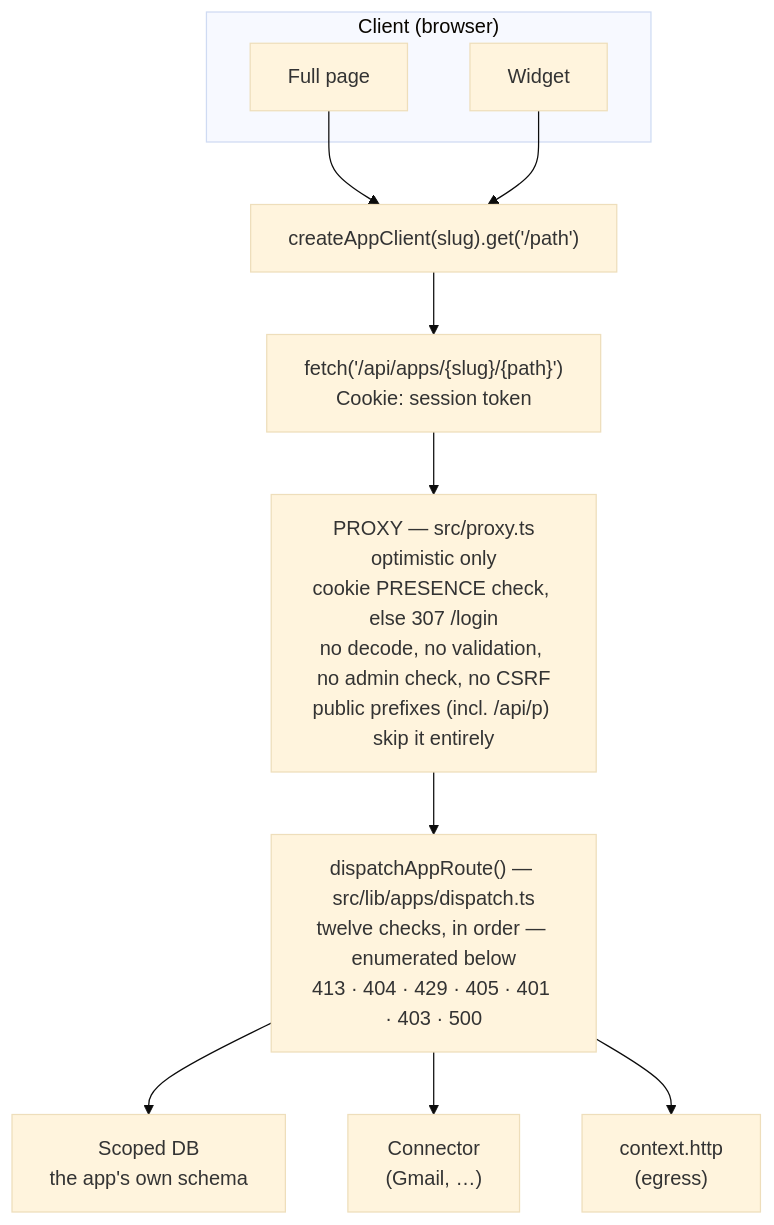
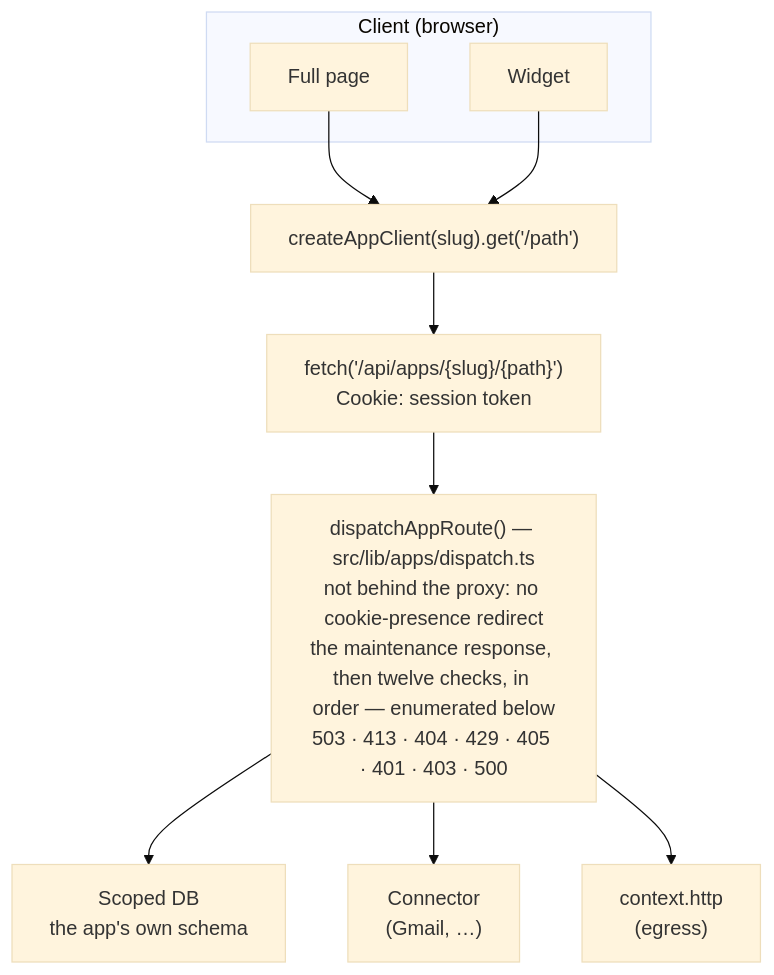
Before and after one commit to mixoshq/mixos: the diagram in docs/secure-edge-gateway-architecture.md, drawn with Mermaid (base theme). The commit also changed other lines of this file and 2 other files, not shown here.

First line of the commit message:
docs(os): the app API outside the proxy in security §1, §14, §15 and §18

````diff
--- a/docs/secure-edge-gateway-architecture.md
+++ b/docs/secure-edge-gateway-architecture.md
@@ -40,27 +47,23 @@
 ```mermaid
 flowchart TD
     subgraph CLIENT["Client (browser)"]
         PAGE["Full page"]
         WIDGET["Widget"]
     end
 
     PAGE --> SDK
     WIDGET --> SDK
     SDK["createAppClient(slug).get('/path')"]
 
     SDK --> FETCH
 
     FETCH["fetch('/api/apps/{slug}/{path}')<br/>Cookie: session token"]
 
-    FETCH --> PROXY
+    FETCH --> DISPATCH
 
-    PROXY["PROXY — src/proxy.ts<br/>optimistic only<br/>cookie PRESENCE check, else 307 /login<br/>no decode, no validation, no admin check, no CSRF<br/>public prefixes (incl. /api/p) skip it entirely"]
-
-    PROXY --> DISPATCH
-
-    DISPATCH["dispatchAppRoute() — src/lib/apps/dispatch.ts<br/>twelve checks, in order — enumerated below<br/>413 · 404 · 429 · 405 · 401 · 403 · 500"]
+    DISPATCH["dispatchAppRoute() — src/lib/apps/dispatch.ts<br/>not behind the proxy: no cookie-presence redirect<br/>the maintenance response, then twelve checks, in order — enumerated below<br/>503 · 413 · 404 · 429 · 405 · 401 · 403 · 500"]
 
     DISPATCH --> DB["Scoped DB<br/>the app's own schema"]
     DISPATCH --> CONN["Connector<br/>(Gmail, …)"]
     DISPATCH --> HTTP["context.http<br/>(egress)"]
 ```
````
